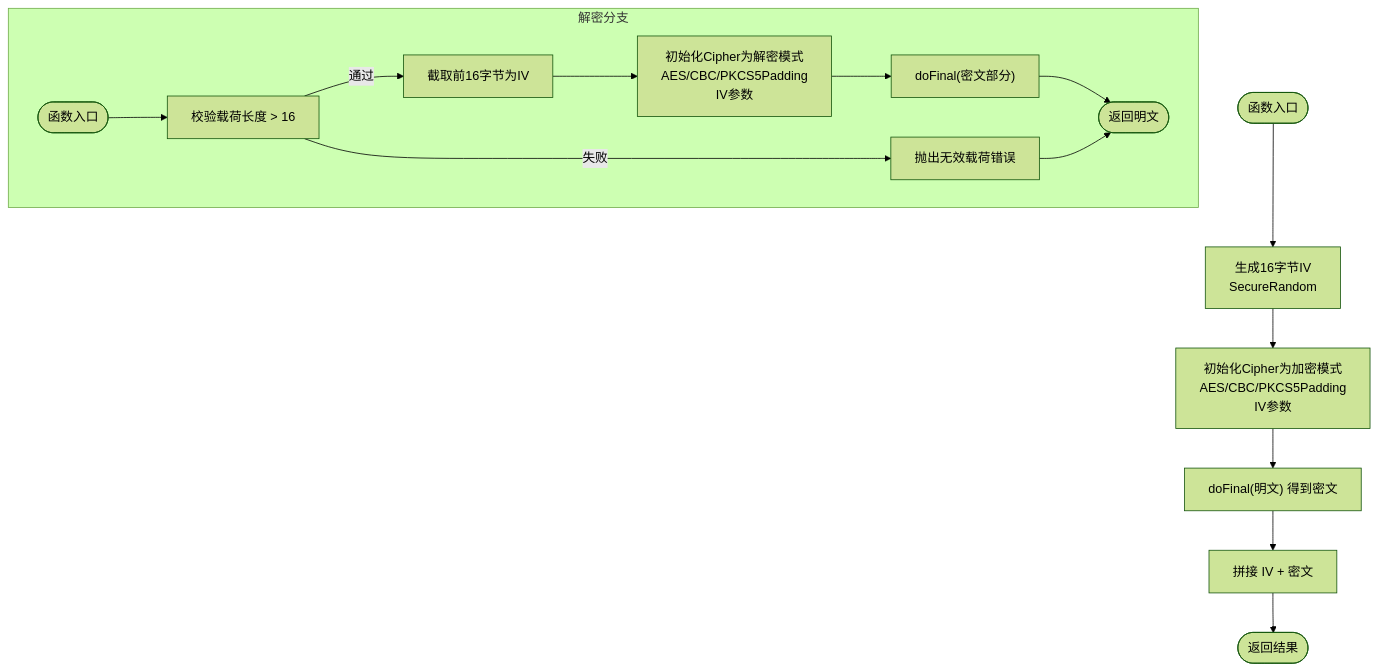
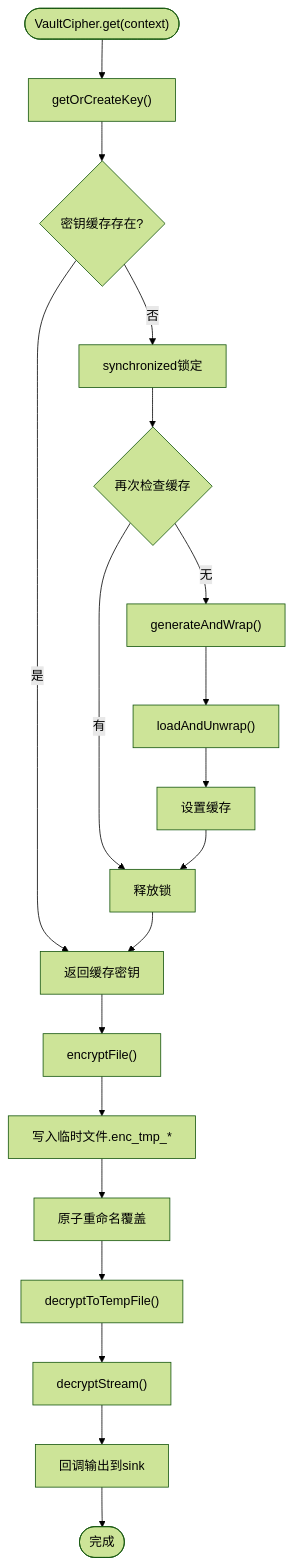
The third of 4 diagrams in .qoder/repowiki/zh/content/核心功能模块/加密存储系统/加密存储系统.md (wanhongbo/ai-photo-vault), drawn with Mermaid (forest theme) before and after one commit. The commit also changed other lines of this file and 22 other files, not shown here.

````diff
--- a/.qoder/repowiki/zh/content/核心功能模块/加密存储系统/加密存储系统.md
+++ b/.qoder/repowiki/zh/content/核心功能模块/加密存储系统/加密存储系统.md
@@ -154,17 +187,21 @@
 ```mermaid
 flowchart TD
-Start(["函数入口"]) --> GenIV["生成16字节IV<br/>SecureRandom"]
-GenIV --> InitEnc["初始化Cipher为加密模式<br/>AES/CBC/PKCS5Padding<br/>IV参数"]
-InitEnc --> DoFinalE["doFinal(明文) 得到密文"]
-DoFinalE --> Concat["拼接 IV + 密文"]
-Concat --> End(["返回结果"])
-subgraph "解密分支"
-DStart(["函数入口"]) --> CheckLen["校验载荷长度 > 16"]
-CheckLen --> |通过| SplitIV["截取前16字节为IV"]
-CheckLen --> |失败| Err["抛出无效载荷错误"]
-SplitIV --> InitDec["初始化Cipher为解密模式<br/>AES/CBC/PKCS5Padding<br/>IV参数"]
-InitDec --> DoFinalD["doFinal(密文部分)"]
-DoFinalD --> DEnd(["返回明文"])
-Err --> DEnd
-end
+Start(["VaultCipher.get(context)"]) --> GetKey["getOrCreateKey()"]
+GetKey --> CacheCheck{"密钥缓存存在?"}
+CacheCheck --> |是| ReturnKey["返回缓存密钥"]
+CacheCheck --> |否| SyncLock["synchronized锁定"]
+SyncLock --> DoubleCheck{"再次检查缓存"}
+DoubleCheck --> |有| ReleaseLock["释放锁"]
+DoubleCheck --> |无| GenerateKey["generateAndWrap()"]
+GenerateKey --> LoadKey["loadAndUnwrap()"]
+LoadKey --> SetCache["设置缓存"]
+SetCache --> ReleaseLock
+ReleaseLock --> ReturnKey
+ReturnKey --> EncryptFile["encryptFile()"]
+EncryptFile --> TempFile["写入临时文件.enc_tmp_*"]
+TempFile --> AtomicRename["原子重命名覆盖"]
+AtomicRename --> DecryptTemp["decryptToTempFile()"]
+DecryptTemp --> StreamDecrypt["decryptStream()"]
+StreamDecrypt --> Sink["回调输出到sink"]
+Sink --> End(["完成"])
 ```
````
